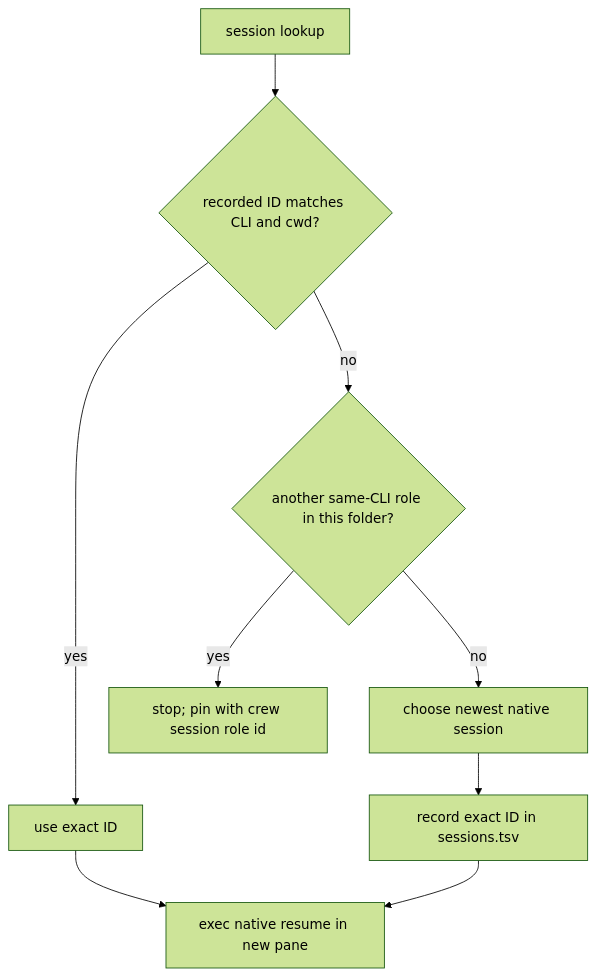
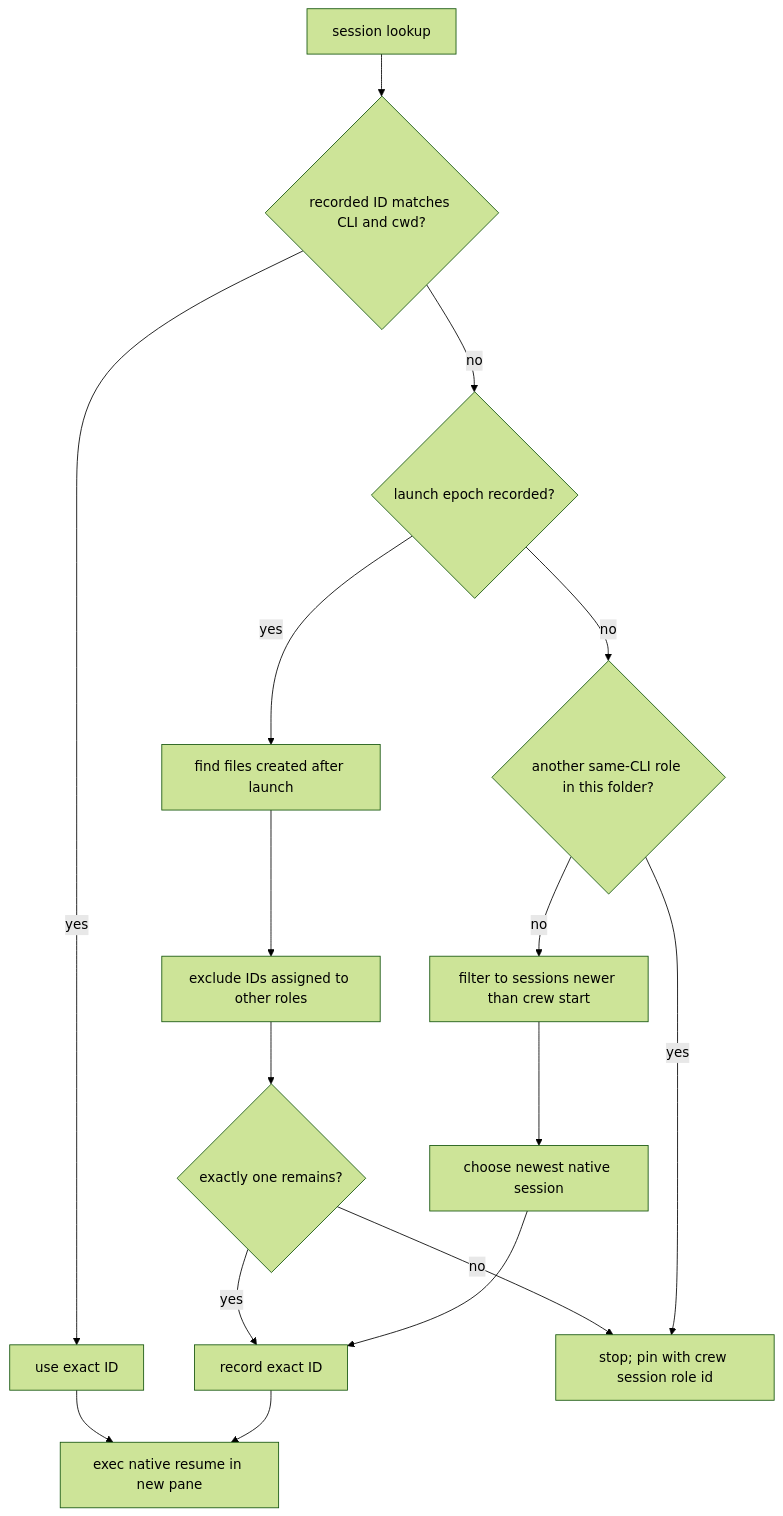
One commit to mifwar/crew changed the diagram in lode/cli/sessions.md. Above: the diagram before and after it, drawn with Mermaid (forest theme). The commit also changed other lines of this file and 7 other files, not shown here.

Commit message:
fix: capture native session IDs at spawn

````diff
--- a/lode/cli/sessions.md
+++ b/lode/cli/sessions.md
@@ -41,11 +56,18 @@
 ```mermaid
 flowchart TD
   command[session lookup] --> exact{recorded ID matches CLI and cwd?}
   exact -- yes --> use[use exact ID]
-  exact -- no --> shared{another same-CLI role in this folder?}
+  exact -- no --> pending{launch epoch recorded?}
+  pending -- yes --> launched[find files created after launch]
+  launched --> assigned[exclude IDs assigned to other roles]
+  assigned --> unique{exactly one remains?}
+  unique -- yes --> store[record exact ID]
+  unique -- no --> pin[stop; pin with crew session role id]
+  pending -- no --> shared{another same-CLI role in this folder?}
   shared -- yes --> pin[stop; pin with crew session role id]
-  shared -- no --> newest[choose newest native session]
-  newest --> store[record exact ID in sessions.tsv]
+  shared -- no --> fresh[filter to sessions newer than crew start]
+  fresh --> newest[choose newest native session]
+  newest --> store
   use --> resume[exec native resume in new pane]
   store --> resume
 ```
````
